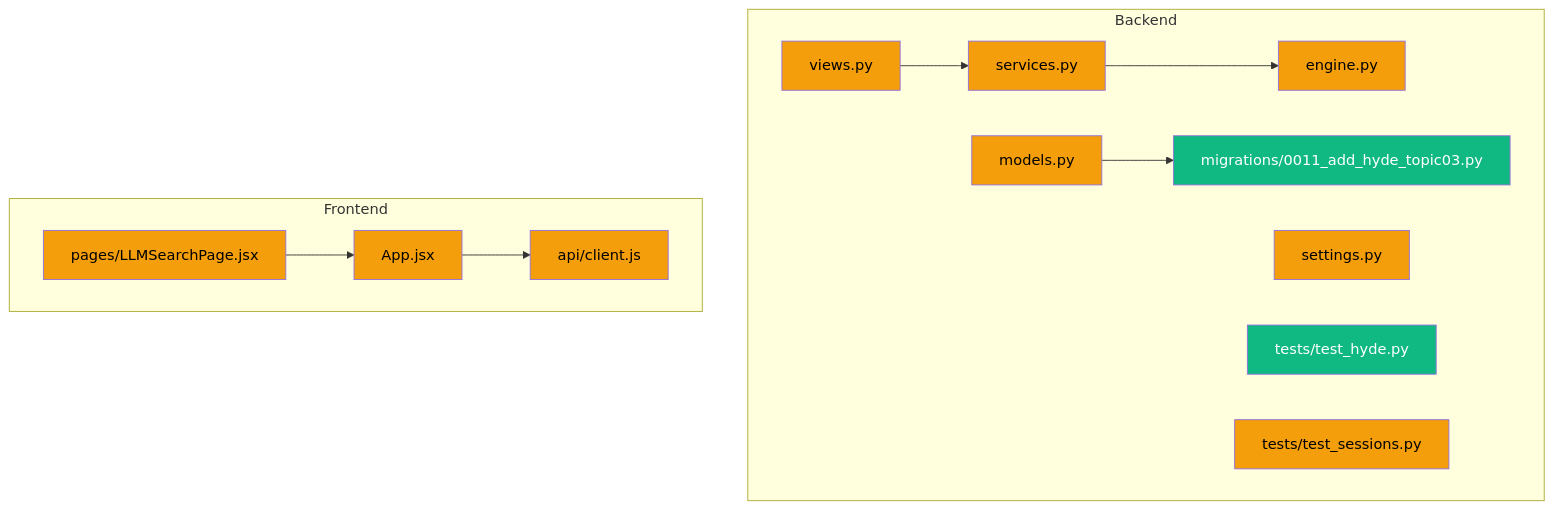
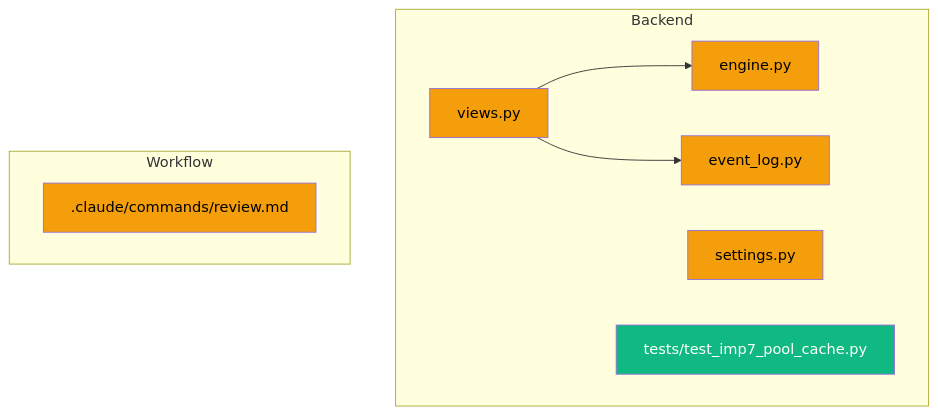
The eighth of 8 diagrams in .claude/Report.md (hongikarchi/archi-tinder), drawn with Mermaid before and after one commit. The commit also changed other lines of this file, not shown here.

````diff
--- a/.claude/Report.md
+++ b/.claude/Report.md
@@ -210,27 +419,19 @@
 ```mermaid
 graph TD
     subgraph Backend
-        services_py["services.py"]:::modified
         engine_py["engine.py"]:::modified
         views_py["views.py"]:::modified
-        models_py["models.py"]:::modified
+        event_log_py["event_log.py"]:::modified
         settings_py["settings.py"]:::modified
-        migration_0011["migrations/0011_add_hyde_topic03.py"]:::new
-        test_hyde["tests/test_hyde.py"]:::new
-        test_sessions["tests/test_sessions.py"]:::modified
+        test_imp7["tests/test_imp7_pool_cache.py"]:::new
     end
-    subgraph Frontend
-        client_js["api/client.js"]:::modified
-        LLMSearchPage["pages/LLMSearchPage.jsx"]:::modified
-        App_jsx["App.jsx"]:::modified
+    subgraph Workflow
+        review_md[".claude/commands/review.md"]:::modified
     end
-    views_py --> services_py
-    services_py --> engine_py
-    models_py --> migration_0011
-    LLMSearchPage --> App_jsx
-    App_jsx --> client_js
+    views_py --> engine_py
+    views_py --> event_log_py
 
     classDef new fill:#10b981,color:#fff
     classDef modified fill:#f59e0b,color:#000
     classDef deleted fill:#ef4444,color:#fff
 ```
````
